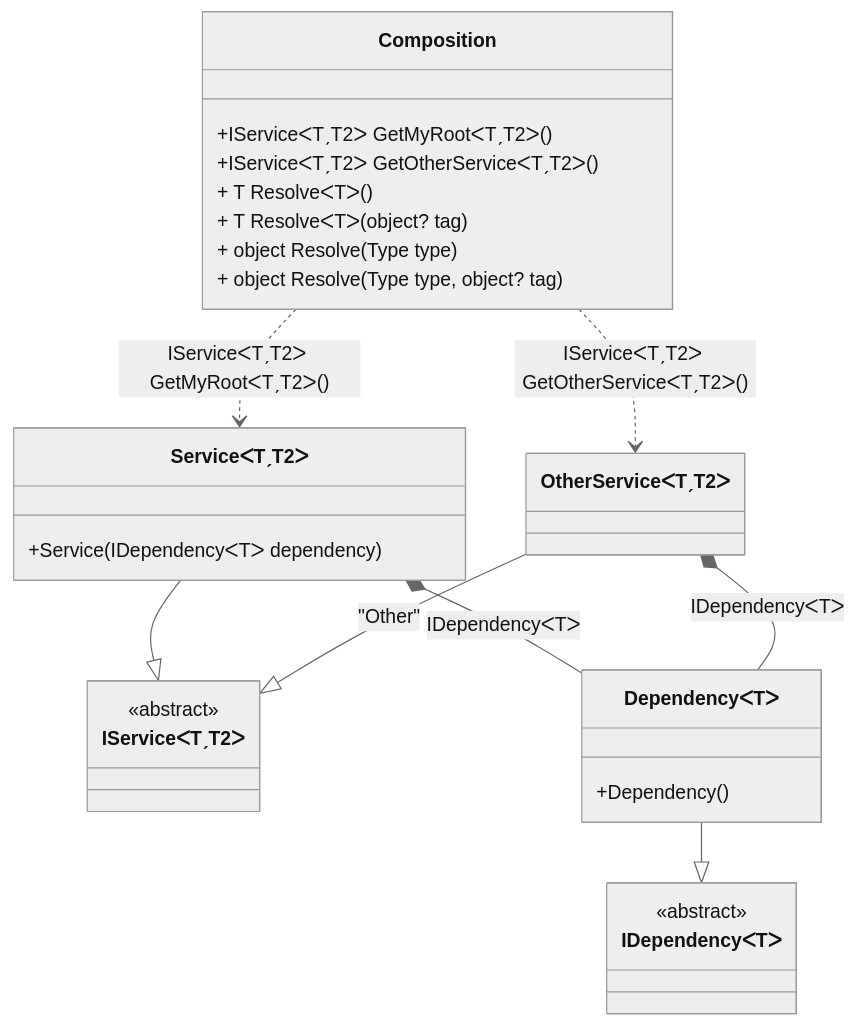
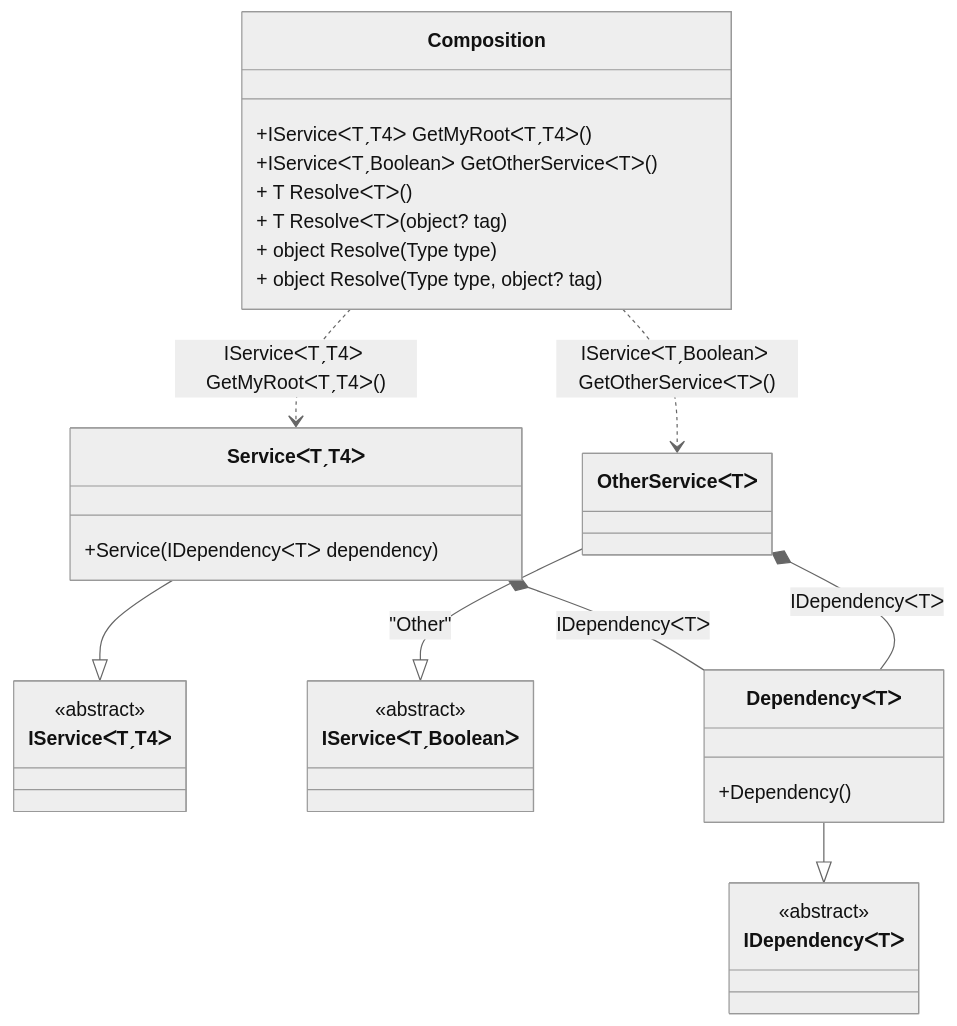
One commit to DevTeam/Pure.DI changed the diagram in readme/generic-composition-roots-with-constraints.md. Above: the diagram before and after it, drawn with Mermaid (neutral theme). The commit also changed other lines of this file and 90 other files, not shown here.

````diff
--- a/readme/generic-composition-roots-with-constraints.md
+++ b/readme/generic-composition-roots-with-constraints.md
@@ -58,31 +57,34 @@
 ```mermaid
 classDiagram
   class Composition {
-    +IServiceᐸTˏT2ᐳ GetMyRootᐸTˏT2ᐳ()
-    +IServiceᐸTˏT2ᐳ GetOtherServiceᐸTˏT2ᐳ()
+    +IServiceᐸTˏT4ᐳ GetMyRootᐸTˏT4ᐳ()
+    +IServiceᐸTˏBooleanᐳ GetOtherServiceᐸTᐳ()
     + T ResolveᐸTᐳ()
     + T ResolveᐸTᐳ(object? tag)
     + object Resolve(Type type)
     + object Resolve(Type type, object? tag)
   }
-  ServiceᐸTˏT2ᐳ --|> IServiceᐸTˏT2ᐳ : 
-  class ServiceᐸTˏT2ᐳ {
+  ServiceᐸTˏT4ᐳ --|> IServiceᐸTˏT4ᐳ : 
+  class ServiceᐸTˏT4ᐳ {
     +Service(IDependencyᐸTᐳ dependency)
   }
-  OtherServiceᐸTˏT2ᐳ --|> IServiceᐸTˏT2ᐳ : "Other" 
-  class OtherServiceᐸTˏT2ᐳ
+  OtherServiceᐸTᐳ --|> IServiceᐸTˏBooleanᐳ : "Other" 
+  class OtherServiceᐸTᐳ
   DependencyᐸTᐳ --|> IDependencyᐸTᐳ : 
   class DependencyᐸTᐳ {
     +Dependency()
   }
-  class IServiceᐸTˏT2ᐳ {
+  class IServiceᐸTˏT4ᐳ {
+    <<abstract>>
+  }
+  class IServiceᐸTˏBooleanᐳ {
     <<abstract>>
   }
   class IDependencyᐸTᐳ {
     <<abstract>>
   }
-  Composition ..> ServiceᐸTˏT2ᐳ : IServiceᐸTˏT2ᐳ GetMyRootᐸTˏT2ᐳ()
-  Composition ..> OtherServiceᐸTˏT2ᐳ : IServiceᐸTˏT2ᐳ GetOtherServiceᐸTˏT2ᐳ()
-  ServiceᐸTˏT2ᐳ *--  DependencyᐸTᐳ : IDependencyᐸTᐳ
-  OtherServiceᐸTˏT2ᐳ *--  DependencyᐸTᐳ : IDependencyᐸTᐳ
+  Composition ..> ServiceᐸTˏT4ᐳ : IServiceᐸTˏT4ᐳ GetMyRootᐸTˏT4ᐳ()
+  Composition ..> OtherServiceᐸTᐳ : IServiceᐸTˏBooleanᐳ GetOtherServiceᐸTᐳ()
+  ServiceᐸTˏT4ᐳ *--  DependencyᐸTᐳ : IDependencyᐸTᐳ
+  OtherServiceᐸTᐳ *--  DependencyᐸTᐳ : IDependencyᐸTᐳ
 ```
````
